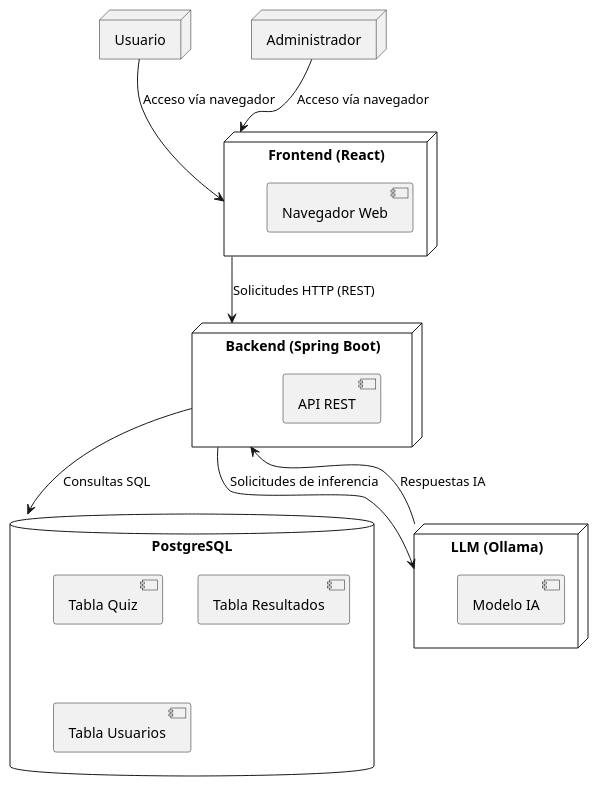
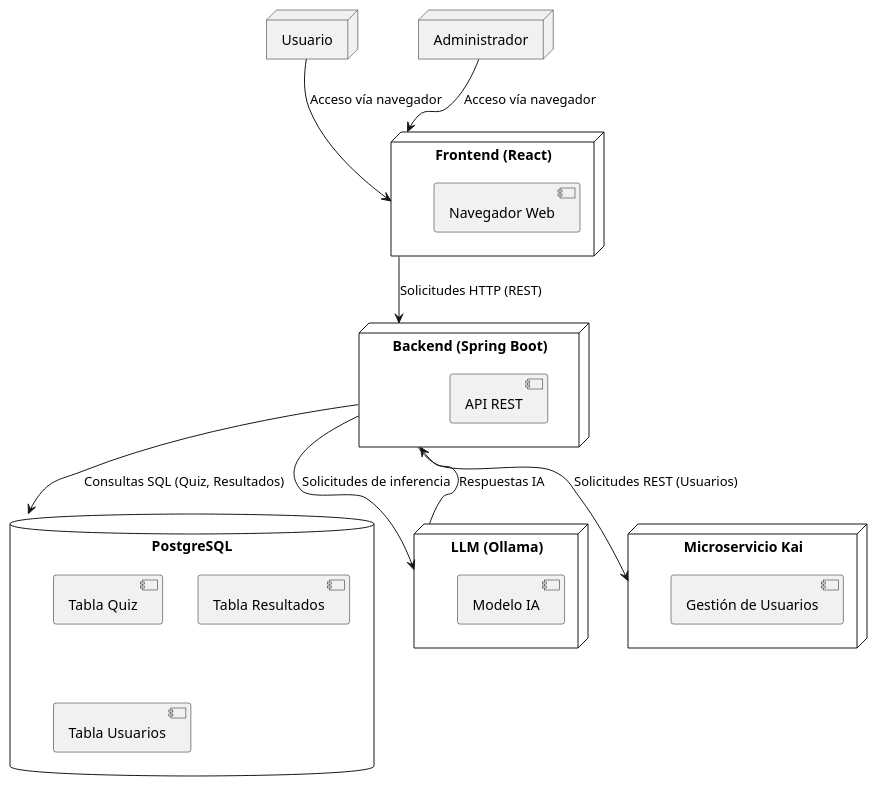
The diagram in docs/deployment-diagram.puml (accentureshark/alma), drawn with PlantUML before and after one commit. The commit also changed 1 other file, not shown here.

```diff
--- a/docs/deployment-diagram.puml
+++ b/docs/deployment-diagram.puml
@@ -1,31 +1,36 @@
 @startuml
 
 node "Usuario" as User
 node "Administrador" as Admin
 
 node "Frontend (React)" as React {
   [Navegador Web]
 }
 
 node "Backend (Spring Boot)" as SpringBoot {
   [API REST]
 }
 
 database "PostgreSQL" as DB {
   [Tabla Quiz]
   [Tabla Resultados]
   [Tabla Usuarios]
 }
 
 node "LLM (Ollama)" as LLM {
   [Modelo IA]
 }
 
+node "Microservicio Kai" as Kai {
+  [Gestión de Usuarios]
+}
+
 User --> React : Acceso vía navegador
 Admin --> React : Acceso vía navegador
 React --> SpringBoot : Solicitudes HTTP (REST)
-SpringBoot --> DB : Consultas SQL
+SpringBoot --> DB : Consultas SQL (Quiz, Resultados)
+SpringBoot --> Kai : Solicitudes REST (Usuarios)
 SpringBoot --> LLM : Solicitudes de inferencia
 LLM --> SpringBoot : Respuestas IA
 
 @enduml
```
